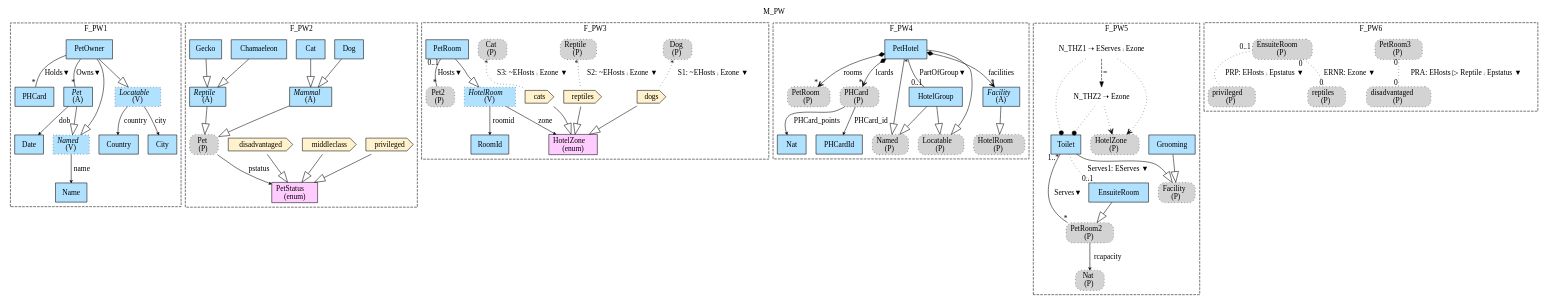
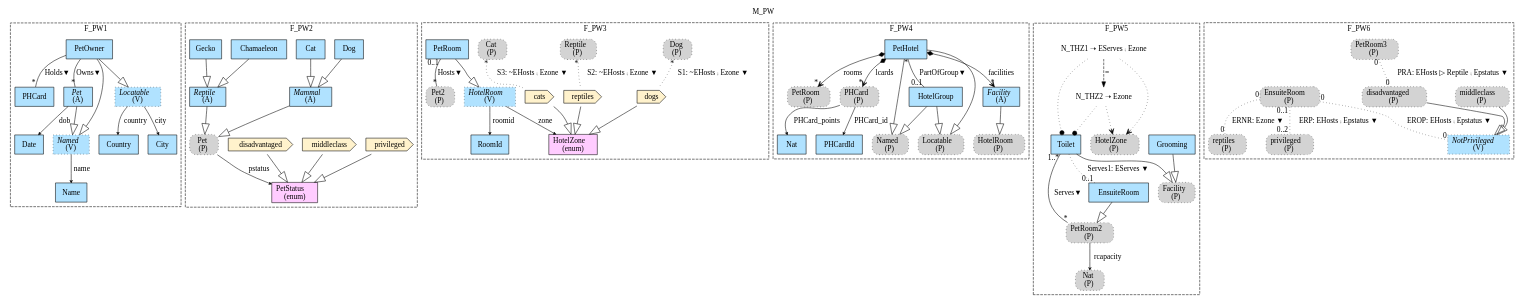
Before and after one commit to namalio/Fragmenta: the diagram in Haskell/FragmentaTests/PetsWorld/img/M_PW_Mdl.gv, drawn with Graphviz. The commit also changed 94 other files, not shown here.

```diff
--- a/Haskell/FragmentaTests/PetsWorld/img/M_PW_Mdl.gv
+++ b/Haskell/FragmentaTests/PetsWorld/img/M_PW_Mdl.gv
@@ -1,156 +1,162 @@
 digraph {graph[label=M_PW,labelloc=tl,labelfontsize=12];
 subgraph cluster_F_PW1{style=dashed;label=F_PW1;
 "Name"[shape=record,fillcolor=lightskyblue1,style = filled,label="Name"];
 "Country"[shape=record,fillcolor=lightskyblue1,style = filled,label="Country"];
 "City"[shape=record,fillcolor=lightskyblue1,style = filled,label="City"];
 "Date"[shape=record,fillcolor=lightskyblue1,style = filled,label="Date"];
 "PHCard"[shape=record,fillcolor=lightskyblue1,style = filled,label="PHCard"];
 "Pet"[shape=record,fillcolor=lightskyblue1,style = filled,label=<{<I>Pet</I><br/>(A)}>];
 "Named"[shape=record,fillcolor=lightskyblue1,style ="filled,dotted",label=<{<I>Named</I><br/>(V)}>];
 "PetOwner"[shape=record,fillcolor=lightskyblue1,style = filled,label="PetOwner"];
 "Locatable"[shape=record,fillcolor=lightskyblue1,style ="filled,dotted",label=<{<I>Locatable</I><br/>(V)}>];
 
 "Named"->"Name"[label="name",arrowhead=vee,headlabel="",arrowsize=.5];
 "Locatable"->"Country"[label="country",arrowhead=vee,headlabel="",arrowsize=.5];
 "Locatable"->"City"[label="city",arrowhead=vee,headlabel="",arrowsize=.5];
 "Pet"->"Date"[label="dob",arrowhead=vee,headlabel="",arrowsize=.5];
 "PetOwner"->"Pet"[label="Owns▼",dir=none,taillabel="",headlabel="*"];
 "PetOwner"->"PHCard"[label="Holds▼",dir=none,taillabel="",headlabel="*"];
 "Pet"->"Named"[arrowhead=onormal,arrowsize=2.0];
 "PetOwner"->"Named"[arrowhead=onormal,arrowsize=2.0];
 "PetOwner"->"Locatable"[arrowhead=onormal,arrowsize=2.0];
 
 }
 subgraph cluster_F_PW2{style=dashed;label=F_PW2;
 "privileged"[shape=cds,fillcolor="#FFF2CC",style = filled,label="privileged"];
 "middleclass"[shape=cds,fillcolor="#FFF2CC",style = filled,label="middleclass"];
 "disadvantaged"[shape=cds,fillcolor="#FFF2CC",style = filled,label="disadvantaged"];
 "PetStatus"[shape=record,fillcolor="#FFCCFF",style = filled,label="PetStatus\l(enum)"];
 "PPet"[shape=box,fillcolor=lightgray,style ="rounded,filled,dotted",label=<Pet<br/>(P)>];
 "Dog"[shape=record,fillcolor=lightskyblue1,style = filled,label="Dog"];
 "Cat"[shape=record,fillcolor=lightskyblue1,style = filled,label="Cat"];
 "Mammal"[shape=record,fillcolor=lightskyblue1,style = filled,label=<{<I>Mammal</I><br/>(A)}>];
 "Chamaeleon"[shape=record,fillcolor=lightskyblue1,style = filled,label="Chamaeleon"];
 "Gecko"[shape=record,fillcolor=lightskyblue1,style = filled,label="Gecko"];
 "Reptile"[shape=record,fillcolor=lightskyblue1,style = filled,label=<{<I>Reptile</I><br/>(A)}>];
 
 "privileged"->"PetStatus"[arrowhead=onormal,arrowsize=2.0];
 "middleclass"->"PetStatus"[arrowhead=onormal,arrowsize=2.0];
 "disadvantaged"->"PetStatus"[arrowhead=onormal,arrowsize=2.0];
 "PPet"->"PetStatus"[label="pstatus",arrowhead=vee,headlabel="",arrowsize=.5];
 "Mammal"->"PPet"[arrowhead=onormal,arrowsize=2.0];
 "Reptile"->"PPet"[arrowhead=onormal,arrowsize=2.0];
 "Dog"->"Mammal"[arrowhead=onormal,arrowsize=2.0];
 "Cat"->"Mammal"[arrowhead=onormal,arrowsize=2.0];
 "Chamaeleon"->"Reptile"[arrowhead=onormal,arrowsize=2.0];
 "Gecko"->"Reptile"[arrowhead=onormal,arrowsize=2.0];
 
 }
 
 subgraph cluster_F_PW3{style=dashed;label=F_PW3;
 "PPet2"[shape=box,fillcolor=lightgray,style ="rounded,filled,dotted",label=<Pet2<br/>(P)>];
 "RoomId"[shape=record,fillcolor=lightskyblue1,style = filled,label="RoomId"];
 "HotelZone"[shape=record,fillcolor="#FFCCFF",style = filled,label="HotelZone\l(enum)"];
 "PDog"[shape=box,fillcolor=lightgray,style ="rounded,filled,dotted",label=<Dog<br/>(P)>];
 "dogs"[shape=cds,fillcolor="#FFF2CC",style = filled,label="dogs"];
 "PReptile"[shape=box,fillcolor=lightgray,style ="rounded,filled,dotted",label=<Reptile<br/>(P)>];
 "reptiles"[shape=cds,fillcolor="#FFF2CC",style = filled,label="reptiles"];
 "PCat"[shape=box,fillcolor=lightgray,style ="rounded,filled,dotted",label=<Cat<br/>(P)>];
 "cats"[shape=cds,fillcolor="#FFF2CC",style = filled,label="cats"];
 "PetRoom"[shape=record,fillcolor=lightskyblue1,style = filled,label="PetRoom"];
 "HotelRoom"[shape=record,fillcolor=lightskyblue1,style ="filled,dotted",label=<{<I>HotelRoom</I><br/>(V)}>];
 
 "dogs"->"HotelZone"[arrowhead=onormal,arrowsize=2.0];
 "reptiles"->"HotelZone"[arrowhead=onormal,arrowsize=2.0];
 "cats"->"HotelZone"[arrowhead=onormal,arrowsize=2.0];
 "PetRoom"->"PPet2"[label="Hosts▼",dir=none,taillabel="0..1",headlabel="*"];
 "HotelRoom"->"RoomId"[label="roomid",arrowhead=vee,headlabel="",arrowsize=.5];
 "HotelRoom"->"HotelZone"[label="zone",arrowhead=vee,headlabel="",arrowsize=.5];
 "PDog"->"dogs"[label="S1: ~EHosts ⨾ Ezone ▼",dir=none,taillabel="*",headlabel="",style=dotted];
 "PReptile"->"reptiles"[label="S2: ~EHosts ⨾ Ezone ▼",dir=none,taillabel="*",headlabel="",style=dotted];
 "PCat"->"cats"[label="S3: ~EHosts ⨾ Ezone ▼",dir=none,taillabel="*",headlabel="",style=dotted];
 "PetRoom"->"HotelRoom"[arrowhead=onormal,arrowsize=2.0];
 
 }
 
 
 
 
 subgraph cluster_F_PW4{style=dashed;label=F_PW4;
 "PPetRoom"[shape=box,fillcolor=lightgray,style ="rounded,filled,dotted",label=<PetRoom<br/>(P)>];
 "Nat"[shape=record,fillcolor=lightskyblue1,style = filled,label="Nat"];
 "PPHCard"[shape=box,fillcolor=lightgray,style ="rounded,filled,dotted",label=<PHCard<br/>(P)>];
 "PHCardId"[shape=record,fillcolor=lightskyblue1,style = filled,label="PHCardId"];
 "PetHotel"[shape=record,fillcolor=lightskyblue1,style = filled,label="PetHotel"];
 "PNamed"[shape=box,fillcolor=lightgray,style ="rounded,filled,dotted",label=<Named<br/>(P)>];
 "HotelGroup"[shape=record,fillcolor=lightskyblue1,style = filled,label="HotelGroup"];
 "PLocatable"[shape=box,fillcolor=lightgray,style ="rounded,filled,dotted",label=<Locatable<br/>(P)>];
 "Facility"[shape=record,fillcolor=lightskyblue1,style = filled,label=<{<I>Facility</I><br/>(A)}>];
 "PHotelRoom"[shape=box,fillcolor=lightgray,style ="rounded,filled,dotted",label=<HotelRoom<br/>(P)>];
 
 "PetHotel"->"HotelGroup"[label="PartOfGroup▼",dir=none,taillabel="*",headlabel="0..1"];
 "PetHotel"->"PPHCard"[label="lcards",arrowhead=vee,arrowtail=diamond,dir=both,headlabel="*"];
 "PetHotel"->"Facility"[label="facilities",arrowhead=vee,arrowtail=diamond,dir=both,headlabel="*"];
 "PetHotel"->"PPetRoom"[label="rooms",arrowhead=vee,arrowtail=diamond,dir=both,headlabel="*"];
 "PPHCard"->"Nat"[label="PHCard_points",arrowhead=vee,headlabel="",arrowsize=.5];
 "PPHCard"->"PHCardId"[label="PHCard_id",arrowhead=vee,headlabel="",arrowsize=.5];
 "PetHotel"->"PNamed"[arrowhead=onormal,arrowsize=2.0];
 "PetHotel"->"PLocatable"[arrowhead=onormal,arrowsize=2.0];
 "HotelGroup"->"PNamed"[arrowhead=onormal,arrowsize=2.0];
 "HotelGroup"->"PLocatable"[arrowhead=onormal,arrowsize=2.0];
 "Facility"->"PHotelRoom"[arrowhead=onormal,arrowsize=2.0];
 
 }
 
 
 
 
 
 subgraph cluster_F_PW5{style=dashed;label=F_PW5;
 "PNat"[shape=box,fillcolor=lightgray,style ="rounded,filled,dotted",label=<Nat<br/>(P)>];
 "Grooming"[shape=record,fillcolor=lightskyblue1,style = filled,label="Grooming"];
 "PFacility"[shape=box,fillcolor=lightgray,style ="rounded,filled,dotted",label=<Facility<br/>(P)>];
 "PPetRoom2"[shape=box,fillcolor=lightgray,style ="rounded,filled,dotted",label=<PetRoom2<br/>(P)>];
 "EnsuiteRoom"[shape=record,fillcolor=lightskyblue1,style = filled,label="EnsuiteRoom"];
 "Toilet"[shape=record,fillcolor=lightskyblue1,style = filled,label="Toilet"];
 "PHotelZone"[shape=box,fillcolor=lightgray,style ="rounded,filled,dotted",label=<HotelZone<br/>(P)>];
 
 "PPetRoom2"->"PNat"[label="rcapacity",arrowhead=vee,headlabel="",arrowsize=.5];
 "EnsuiteRoom"->"PPetRoom2"[arrowhead=onormal,arrowsize=2.0];
 "Toilet"->"PFacility"[arrowhead=onormal,arrowsize=2.0];
 "Grooming"->"PFacility"[arrowhead=onormal,arrowsize=2.0];
 "Toilet"->"PPetRoom2"[label="Serves▼",dir=none,taillabel="1..*",headlabel="*"];
 "Toilet"->"EnsuiteRoom"[label="Serves1: EServes ▼",dir=none,taillabel="",headlabel="0..1",style=dotted];
 "N_THZ1"[shape=none,label="N_THZ1 ➝ EServes ⨾ Ezone"];
 "N_THZ1"->"Toilet"[arrowhead=dot,style=dotted];
 "N_THZ1"->"PHotelZone"[arrowhead=vee,style=dotted];
 
 "N_THZ2"[shape=none,label="N_THZ2 ➝ Ezone"];
 "N_THZ2"->"Toilet"[arrowhead=dot,style=dotted];
 "N_THZ2"->"PHotelZone"[arrowhead=vee,style=dotted];
 
 "N_THZ1"->"N_THZ2"[arrowhead=normal,style=dashed, label = "="];
 
 }
 
 
 
 
 subgraph cluster_F_PW6{style=dashed;label=F_PW6;
+"Pmiddleclass"[shape=box,fillcolor=lightgray,style ="rounded,filled,dotted",label=<middleclass<br/>(P)>];
 "PPetRoom3"[shape=box,fillcolor=lightgray,style ="rounded,filled,dotted",label=<PetRoom3<br/>(P)>];
 "Pdisadvantaged"[shape=box,fillcolor=lightgray,style ="rounded,filled,dotted",label=<disadvantaged<br/>(P)>];
 "Pprivileged"[shape=box,fillcolor=lightgray,style ="rounded,filled,dotted",label=<privileged<br/>(P)>];
+"NotPrivileged"[shape=record,fillcolor=lightskyblue1,style ="filled,dotted",label=<{<I>NotPrivileged</I><br/>(V)}>];
 "PEnsuiteRoom"[shape=box,fillcolor=lightgray,style ="rounded,filled,dotted",label=<EnsuiteRoom<br/>(P)>];
 "Preptiles"[shape=box,fillcolor=lightgray,style ="rounded,filled,dotted",label=<reptiles<br/>(P)>];
 
+"Pdisadvantaged"->"NotPrivileged"[arrowhead=onormal,arrowsize=2.0];
+"Pmiddleclass"->"NotPrivileged"[arrowhead=onormal,arrowsize=2.0];
 "PPetRoom3"->"Pdisadvantaged"[label="PRA: EHosts ▷ Reptile ⨾ Epstatus ▼",dir=none,taillabel="0",headlabel="0",style=dotted];
-"PEnsuiteRoom"->"Pprivileged"[label="PRP: EHosts ⨾ Epstatus ▼",dir=none,taillabel="0..1",headlabel="",style=dotted];
+"PEnsuiteRoom"->"Pprivileged"[label="ERP: EHosts ⨾ Epstatus ▼",dir=none,taillabel="0..1",headlabel="0..2",style=dotted];
+"PEnsuiteRoom"->"NotPrivileged"[label="EROP: EHosts ⨾ Epstatus ▼",dir=none,taillabel="0",headlabel="0",style=dotted];
 "PEnsuiteRoom"->"Preptiles"[label="ERNR: Ezone ▼",dir=none,taillabel="0",headlabel="0",style=dotted];
 
 }
 
 
 
 
 
+
 }
```
